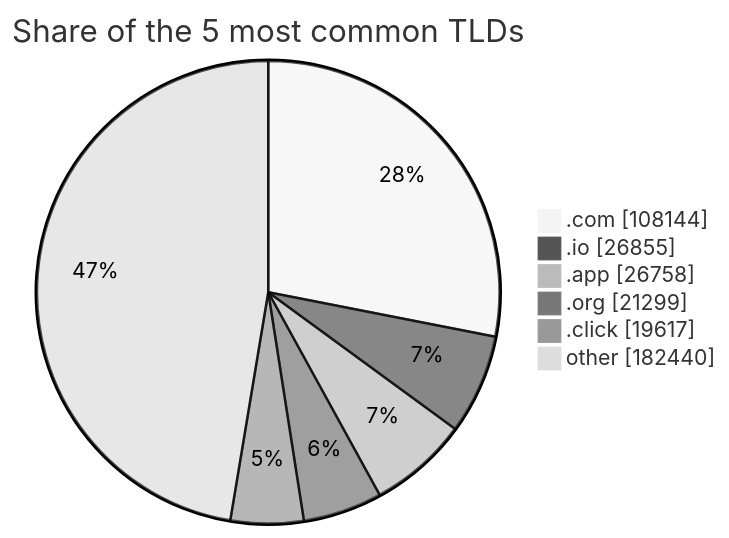
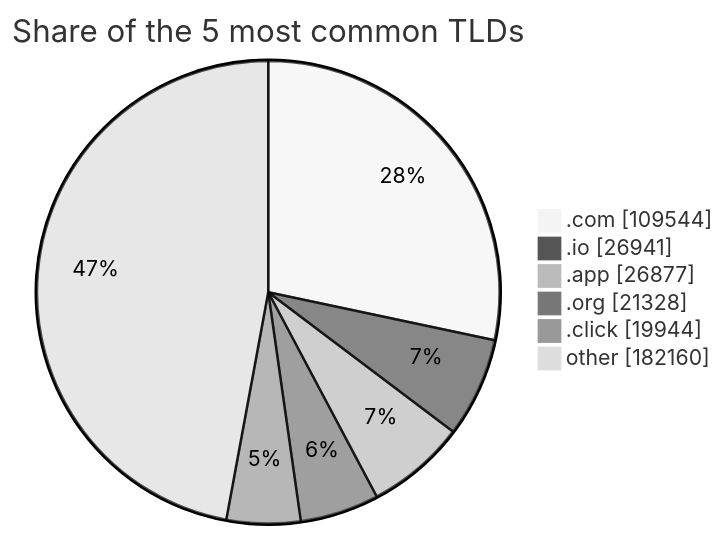
Before and after one commit to DNSBunker/CTI: the third of 3 diagrams in README.md, drawn with Mermaid (neutral theme). The commit also changed other lines of this file and 3 other files, not shown here.

````diff
--- a/README.md
+++ b/README.md
@@ -81,9 +81,9 @@
 ```mermaid
 pie showData title Share of the 5 most common TLDs
-    ".com" : 108144
-    ".io" : 26855
-    ".app" : 26758
-    ".org" : 21299
-    ".click" : 19617
-    "other" : 182440
+    ".com" : 109544
+    ".io" : 26941
+    ".app" : 26877
+    ".org" : 21328
+    ".click" : 19944
+    "other" : 182160
 ```
````
